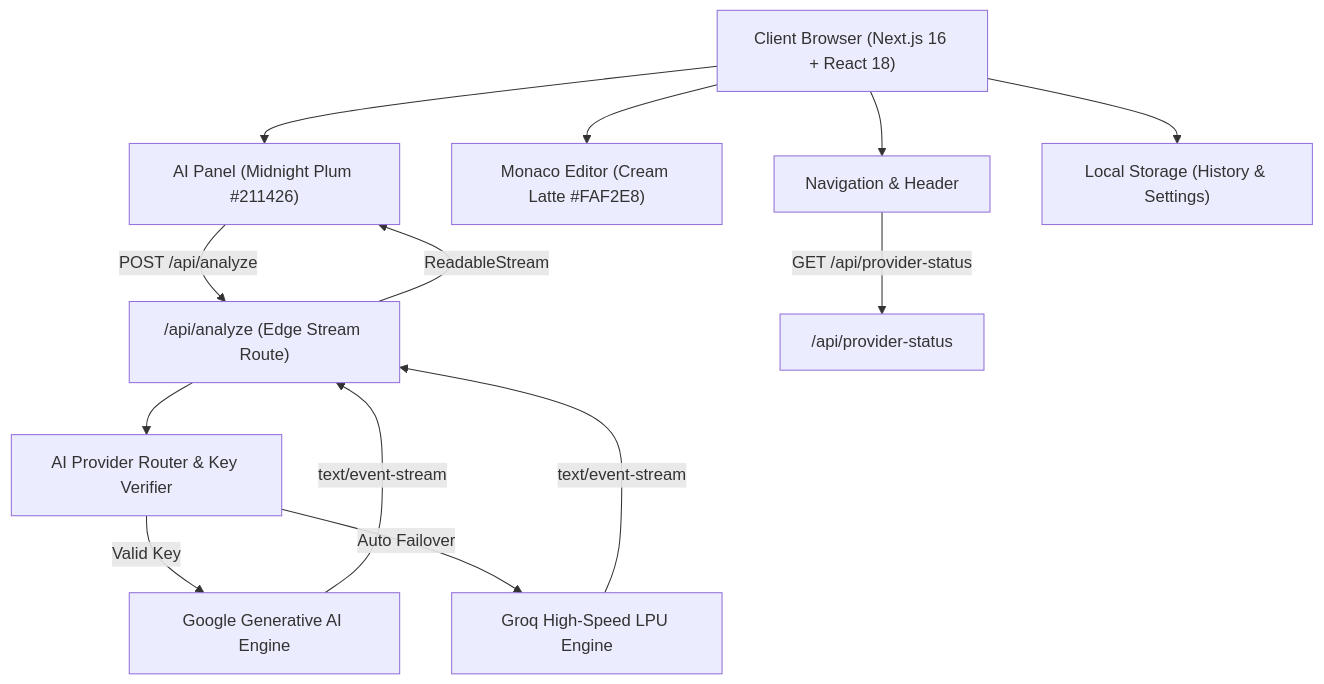
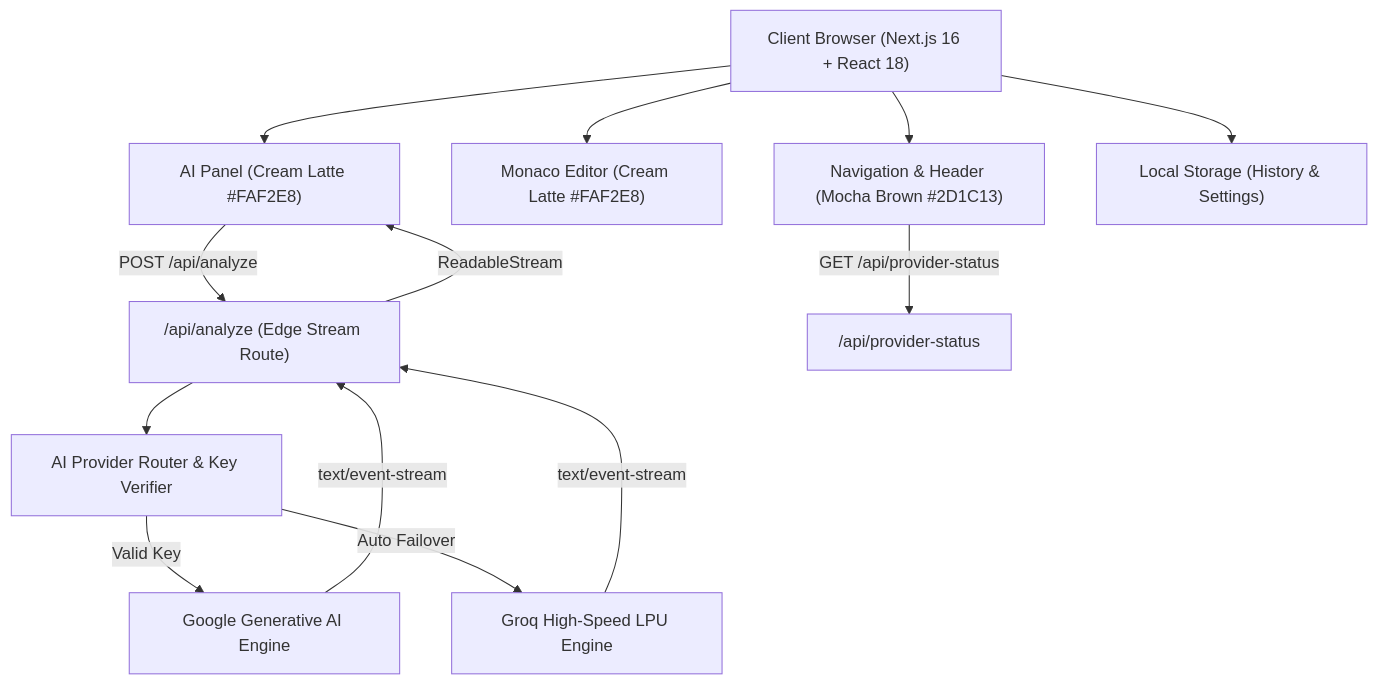
Before and after one commit to AdityaK05/CodeLensAI: the diagram in README.md, drawn with Mermaid. The commit also changed other lines of this file and 1 other file, not shown here.

Commit message:
docs: update documentation to reflect Mocha Brown top bar and Cream Latte AI panel palette

````diff
--- a/README.md
+++ b/README.md
@@ -55,31 +55,31 @@
 ```mermaid
 graph TD
     Client["Client Browser (Next.js 16 + React 18)"]
-    Nav["Navigation & Header"]
+    Nav["Navigation & Header (Mocha Brown #2D1C13)"]
     Editor["Monaco Editor (Cream Latte #FAF2E8)"]
-    Panel["AI Panel (Midnight Plum #211426)"]
+    Panel["AI Panel (Cream Latte #FAF2E8)"]
     Storage["Local Storage (History & Settings)"]
 
     API_Analyze["/api/analyze (Edge Stream Route)"]
     API_Status["/api/provider-status"]
 
     Router["AI Provider Router & Key Verifier"]
     Google["Google Generative AI Engine"]
     Groq["Groq High-Speed LPU Engine"]
 
     Client --> Nav
     Client --> Editor
     Client --> Panel
     Client --> Storage
 
     Panel -- "POST /api/analyze" --> API_Analyze
     Nav -- "GET /api/provider-status" --> API_Status
 
     API_Analyze --> Router
     Router -- "Valid Key" --> Google
     Router -- "Auto Failover" --> Groq
 
     Google -- "text/event-stream" --> API_Analyze
     Groq -- "text/event-stream" --> API_Analyze
     API_Analyze -- "ReadableStream" --> Panel
 ```
````
